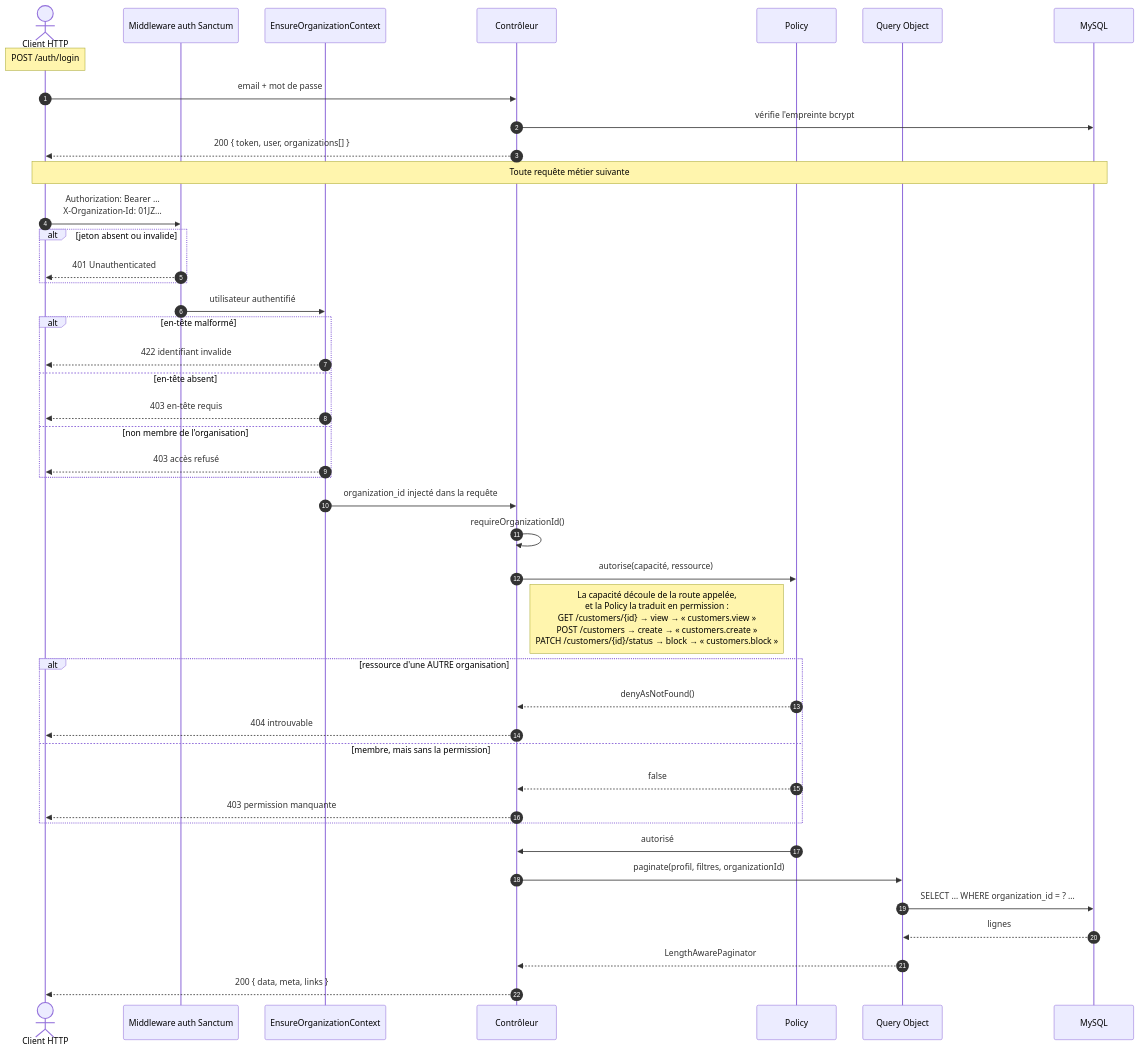
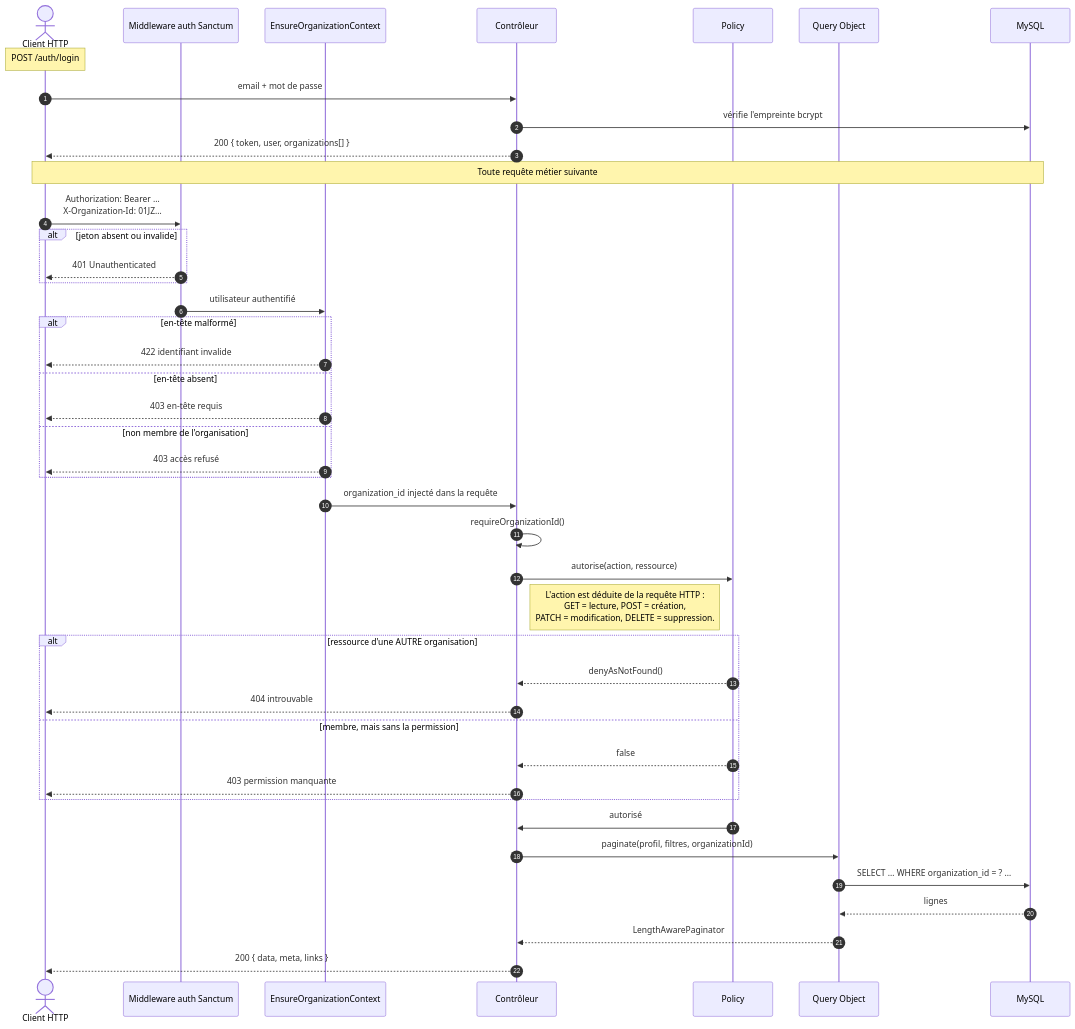
Before and after one commit to bouaichiDev/TricolisWeb: the first of 5 diagrams in docs/backend/sequence-diagrams.md, drawn with Mermaid. The commit also changed 5 other files, not shown here.

First line of the commit message:
docs: corriger le rendu et le vocabulaire des diagrammes de sequence

````diff
--- a/docs/backend/sequence-diagrams.md
+++ b/docs/backend/sequence-diagrams.md
@@ -17,52 +17,52 @@
 ```mermaid
 sequenceDiagram
     autonumber
     actor U as Client HTTP
     participant S as Middleware auth Sanctum
     participant M as EnsureOrganizationContext
     participant C as Contrôleur
     participant P as Policy
     participant Q as Query Object
     participant DB as MySQL
 
     Note over U: POST /auth/login
     U->>C: email + mot de passe
     C->>DB: vérifie l'empreinte bcrypt
     C-->>U: 200 { token, user, organizations[] }
 
     Note over U,DB: Toute requête métier suivante
 
     U->>S: Authorization: Bearer …<br/>X-Organization-Id: 01JZ…
     alt jeton absent ou invalide
         S-->>U: 401 Unauthenticated
     end
     S->>M: utilisateur authentifié
 
     alt en-tête malformé
         M-->>U: 422 identifiant invalide
     else en-tête absent
         M-->>U: 403 en-tête requis
     else non membre de l'organisation
         M-->>U: 403 accès refusé
     end
 
     M->>C: organization_id injecté dans la requête
     C->>C: requireOrganizationId()
-    C->>P: autorise(capacité, ressource)
-    Note right of C: La capacité découle de la route appelée,<br/>et la Policy la traduit en permission :<br/>GET /customers/{id} → view → « customers.view »<br/>POST /customers → create → « customers.create »<br/>PATCH /customers/{id}/status → block → « customers.block »
+    C->>P: autorise(action, ressource)
+    Note right of C: L'action est déduite de la requête HTTP :<br/>GET = lecture, POST = création,<br/>PATCH = modification, DELETE = suppression.
 
     alt ressource d'une AUTRE organisation
         P-->>C: denyAsNotFound()
         C-->>U: 404 introuvable
     else membre, mais sans la permission
         P-->>C: false
         C-->>U: 403 permission manquante
     end
 
     P->>C: autorisé
     C->>Q: paginate(profil, filtres, organizationId)
     Q->>DB: SELECT … WHERE organization_id = ? …
     DB-->>Q: lignes
     Q-->>C: LengthAwarePaginator
     C-->>U: 200 { data, meta, links }
 ```
````
